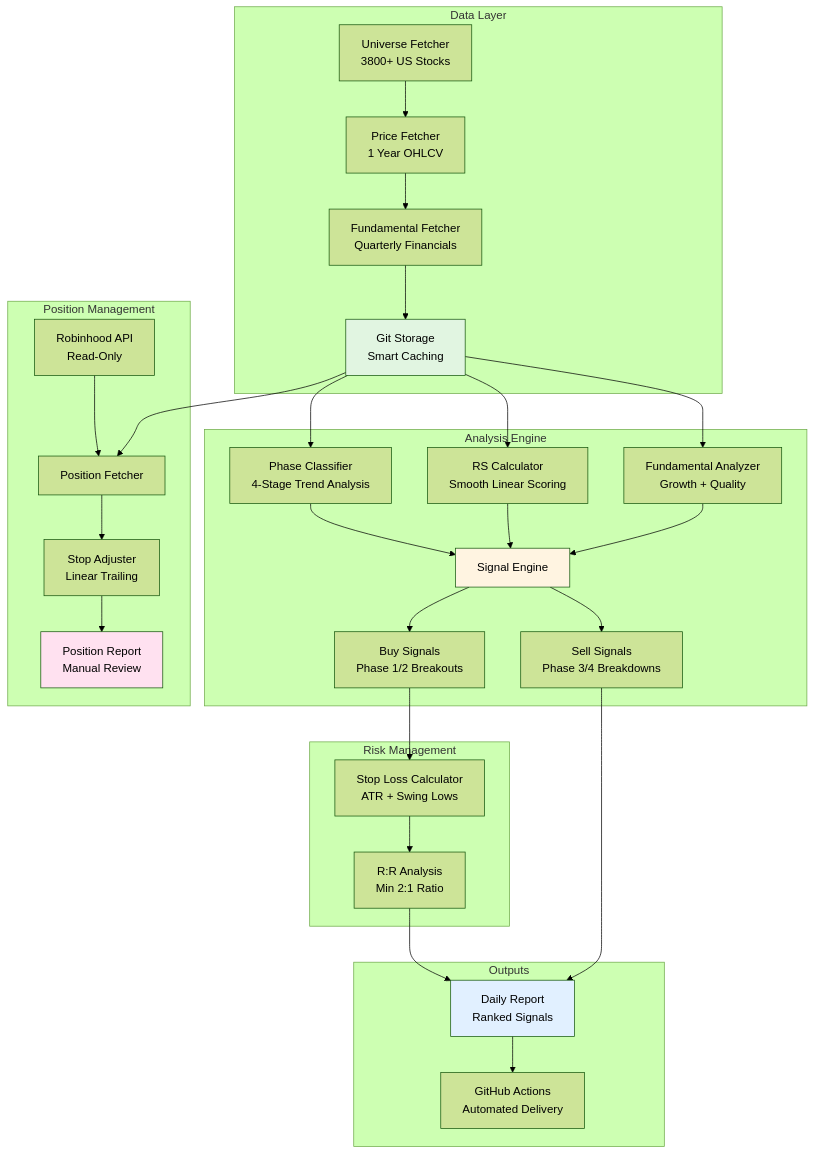
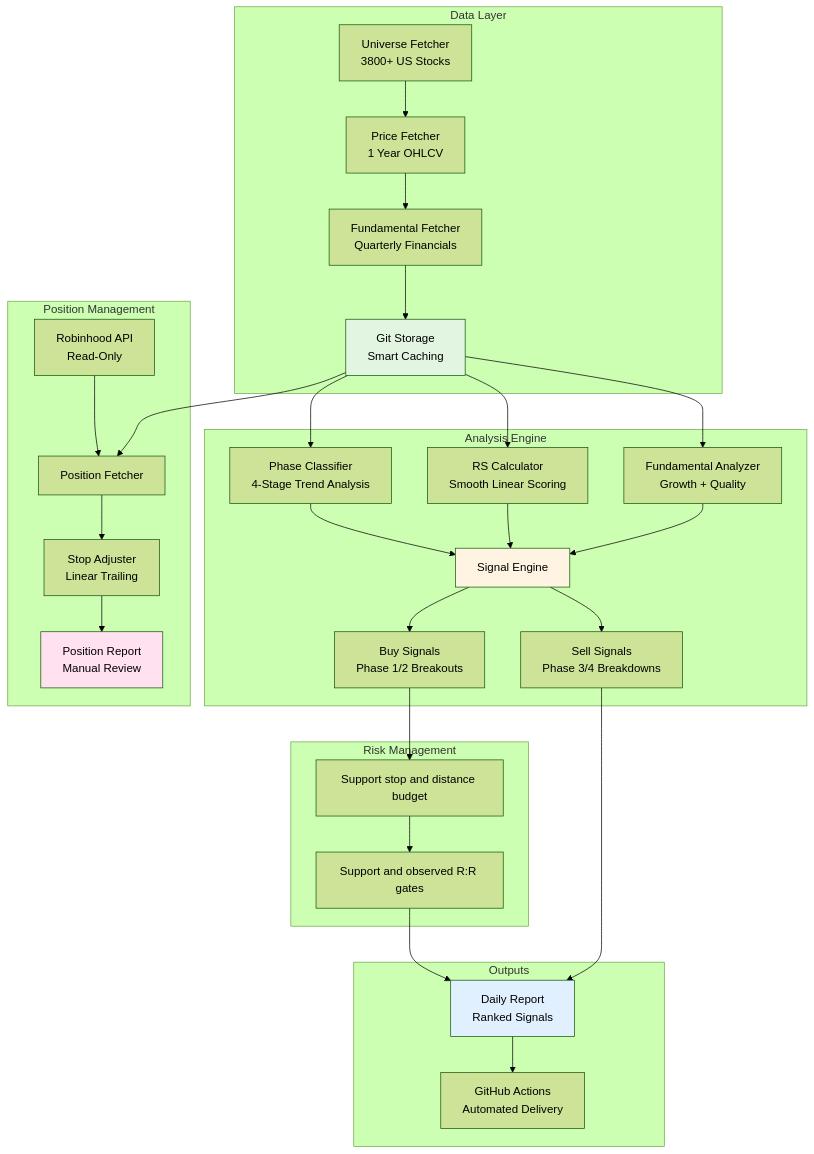
The diagram in README.md (eladyesh/stock-screener-daily), drawn with Mermaid (forest theme) before and after one commit. The commit also changed other lines of this file and 14 other files, not shown here.

````diff
--- a/README.md
+++ b/README.md
@@ -136,44 +138,44 @@
 ```mermaid
 graph TB
     subgraph "Data Layer"
         A[Universe Fetcher<br/>3800+ US Stocks] --> B[Price Fetcher<br/>1 Year OHLCV]
         B --> C[Fundamental Fetcher<br/>Quarterly Financials]
         C --> D[Git Storage<br/>Smart Caching]
     end
 
     subgraph "Analysis Engine"
         D --> E[Phase Classifier<br/>4-Stage Trend Analysis]
         D --> F[RS Calculator<br/>Smooth Linear Scoring]
         D --> G[Fundamental Analyzer<br/>Growth + Quality]
 
         E --> H[Signal Engine]
         F --> H
         G --> H
 
         H --> I[Buy Signals<br/>Phase 1/2 Breakouts]
         H --> J[Sell Signals<br/>Phase 3/4 Breakdowns]
     end
 
     subgraph "Risk Management"
-        I --> K[Stop Loss Calculator<br/>ATR + Swing Lows]
-        K --> L[R:R Analysis<br/>Min 2:1 Ratio]
+        I --> K[Support stop and distance budget]
+        K --> L[Support and observed R:R gates]
     end
 
     subgraph "Outputs"
         L --> M[Daily Report<br/>Ranked Signals]
         J --> M
         M --> N[GitHub Actions<br/>Automated Delivery]
     end
 
     subgraph "Position Management"
         O[Robinhood API<br/>Read-Only] --> P[Position Fetcher]
         D --> P
         P --> Q[Stop Adjuster<br/>Linear Trailing]
         Q --> R[Position Report<br/>Manual Review]
     end
 
     style D fill:#e1f5e1
     style H fill:#fff4e1
     style M fill:#e1f0ff
     style R fill:#ffe1f0
 ```
````
